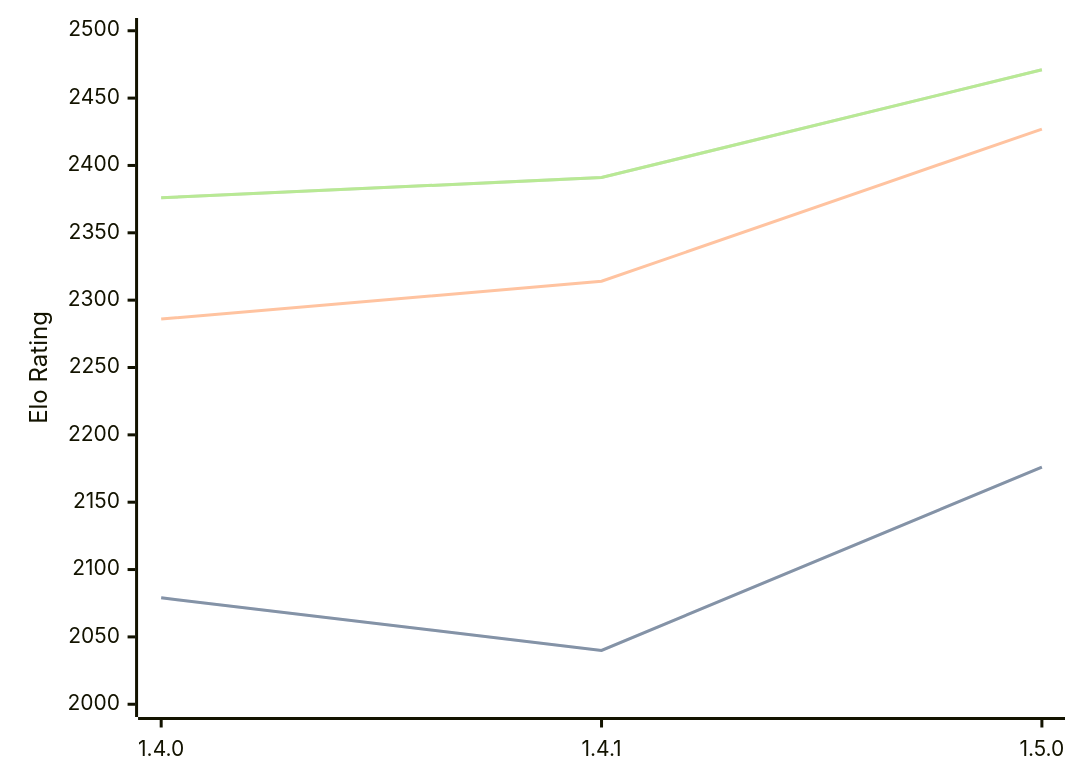
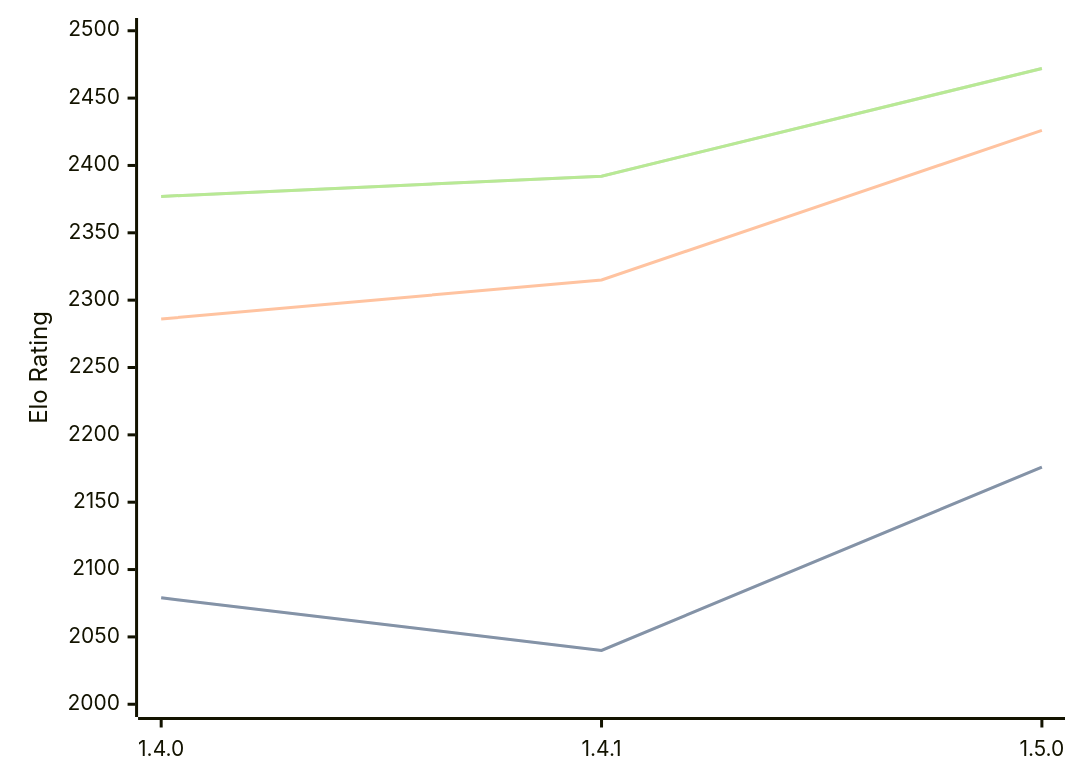
The diagram in engines/Tofiks.md (computer-chess-index/cci), drawn with Mermaid before and after one commit. The commit also changed other lines of this file, not shown here.

Commit message:
Update CCI Ratings (ELO VLTC) - 2026-08-21

````diff
--- a/engines/Tofiks.md
+++ b/engines/Tofiks.md
@@ -33,11 +33,11 @@
 ```mermaid
 %%{init: {"theme":"base","themeVariables":{"seriesColors:['#a3a3a3','#222221','#faa371']}}}%%
 xychart-beta
   x-axis ["1.4.0", "1.4.1", "1.5.0"]
   y-axis "Elo Rating" 2000 --> 2500
   line "STC (8.0+0.08s)" [2079, 2040, 2176]
   line "STC (8.0+0.08s)" [2079, 2040, 2176]
-  line "LTC (60.0+0.60s)" [2286, 2314, 2427]
-  line "VLTC (2m24s+1.12s)" [2376, 2391, 2471]
-  line "VLTC (2m24s+1.12s)" [2376, 2391, 2471]
+  line "LTC (60.0+0.60s)" [2286, 2315, 2426]
+  line "VLTC (2m24s+1.12s)" [2377, 2392, 2472]
+  line "VLTC (2m24s+1.12s)" [2377, 2392, 2472]
 ```
````
